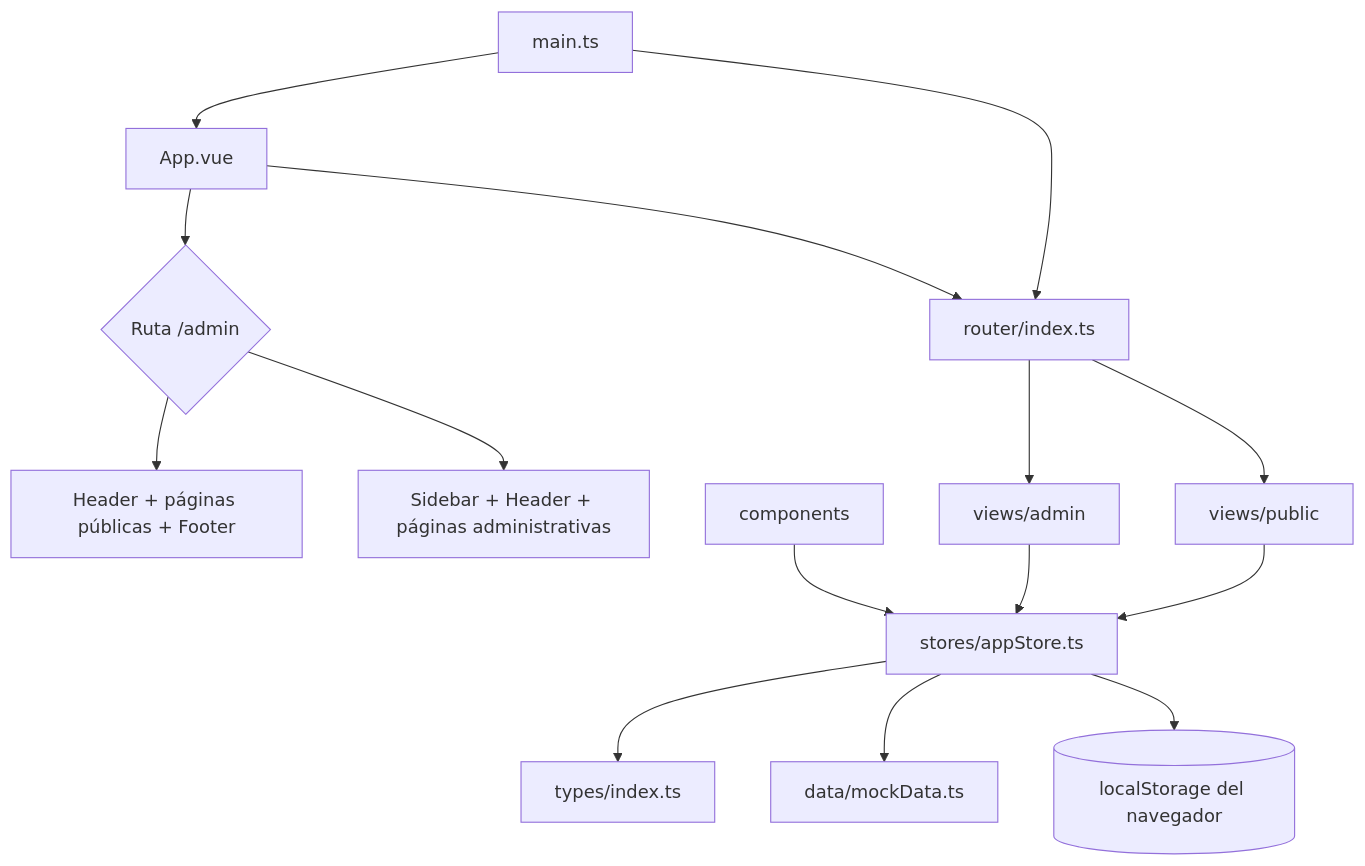
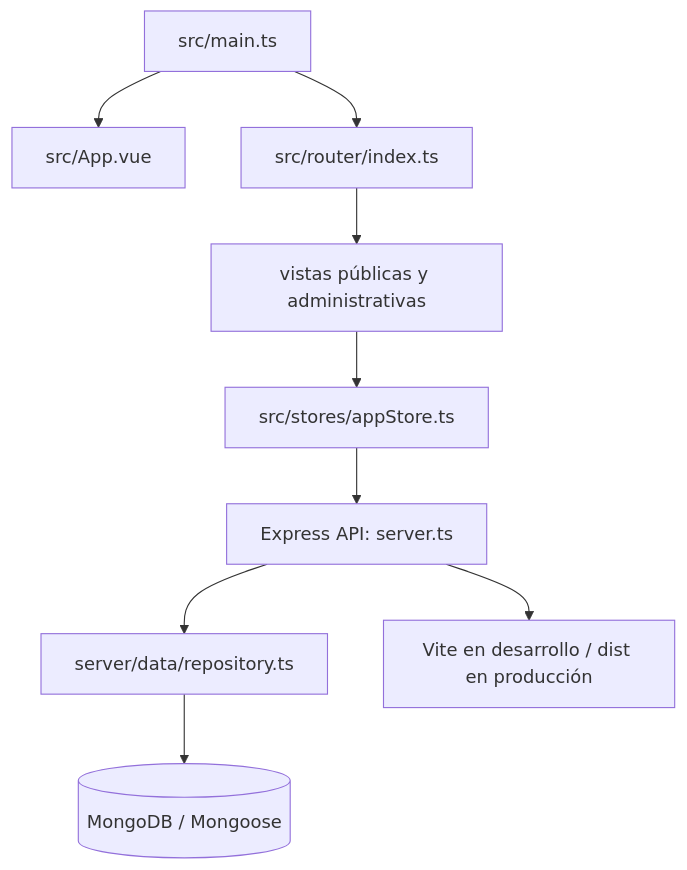
One commit to CFestradaG/sigca changed the diagram in docs/MAPA_DEL_PROYECTO.md. Above: the diagram before and after it, drawn with Mermaid. The commit also changed other lines of this file and 43 other files, not shown here.

````diff
--- a/docs/MAPA_DEL_PROYECTO.md
+++ b/docs/MAPA_DEL_PROYECTO.md
@@ -10,17 +10,11 @@
 ```mermaid
 flowchart TD
-    Entry[main.ts] --> App[App.vue]
-    Entry --> Router[router/index.ts]
-    App --> Router
-    App --> Layout{Ruta /admin}
-    Layout --> PublicShell[Header + páginas públicas + Footer]
-    Layout --> AdminShell[Sidebar + Header + páginas administrativas]
-    Router --> PublicViews[views/public]
-    Router --> AdminViews[views/admin]
-    PublicViews --> Store[stores/appStore.ts]
-    AdminViews --> Store
-    Components[components] --> Store
-    Store --> Types[types/index.ts]
-    Store --> Seeds[data/mockData.ts]
-    Store --> LocalStorage[(localStorage del navegador)]
+    Main[src/main.ts] --> App[src/App.vue]
+    Main --> Router[src/router/index.ts]
+    Router --> Views[vistas públicas y administrativas]
+    Views --> Store[src/stores/appStore.ts]
+    Store --> API[Express API: server.ts]
+    API --> Repo[server/data/repository.ts]
+    Repo --> Mongo[(MongoDB / Mongoose)]
+    API --> Vite[Vite en desarrollo / dist en producción]
 ```
````
